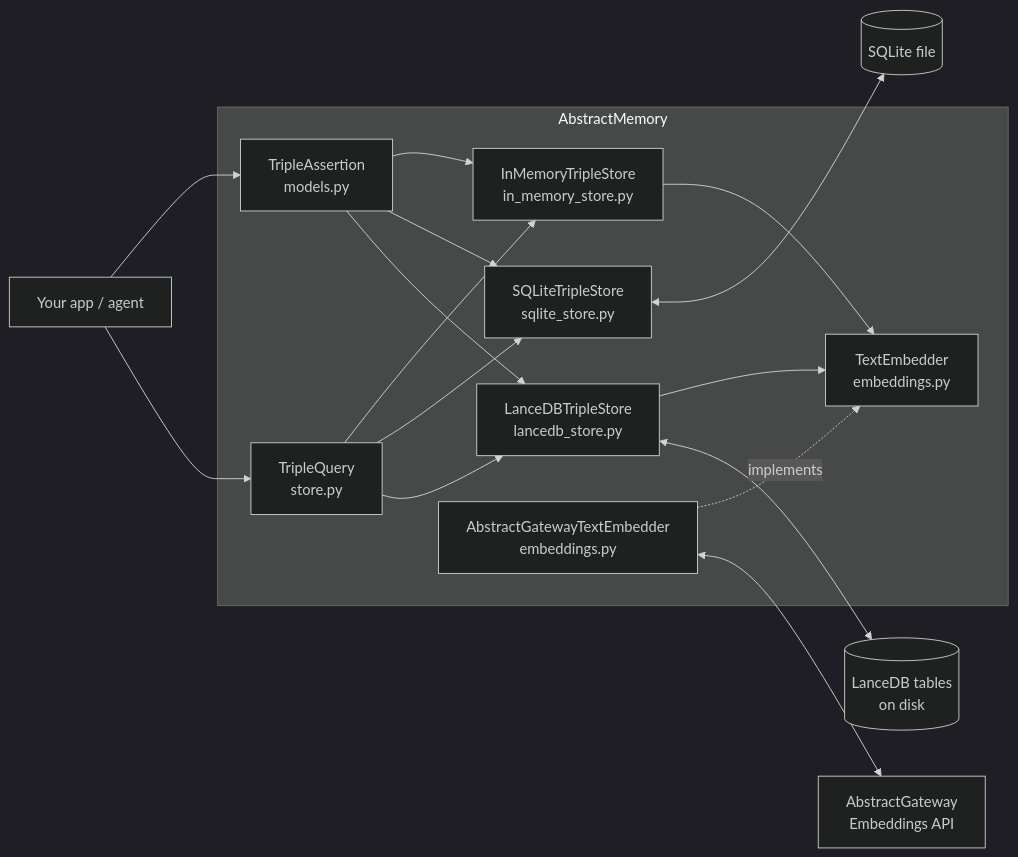
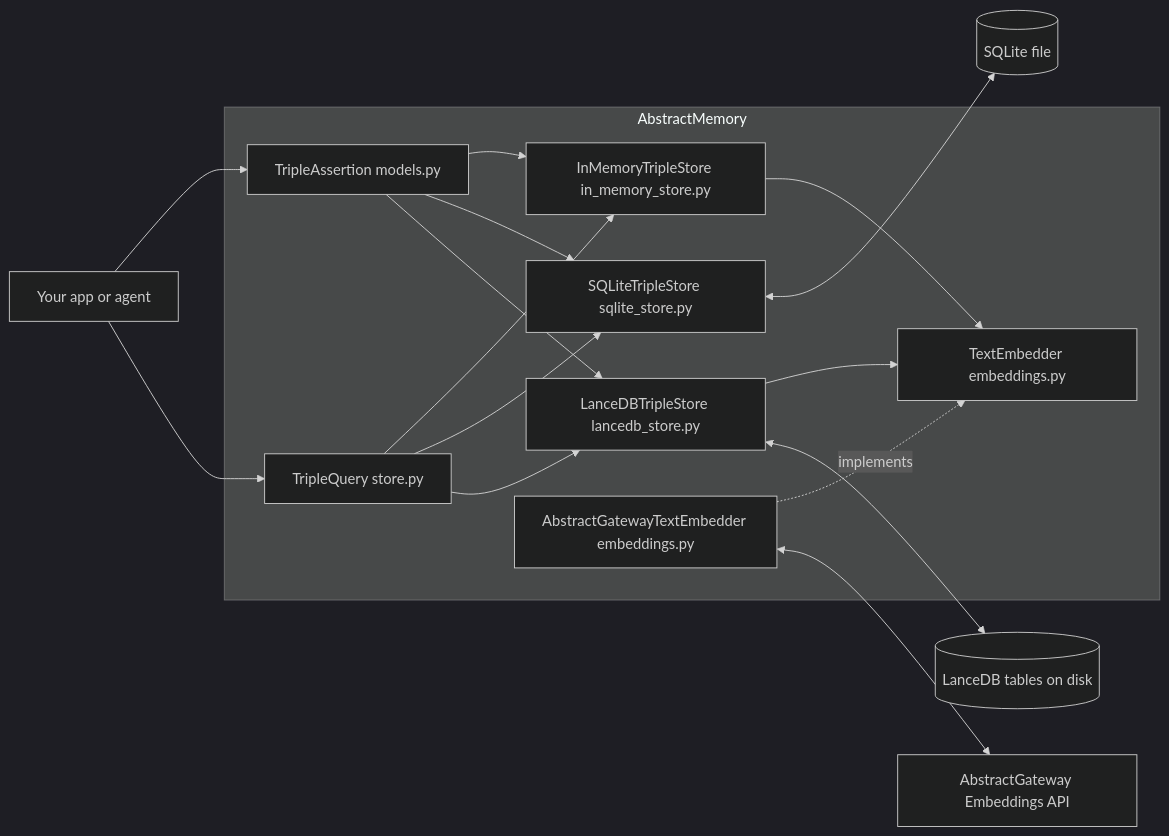
One commit to lpalbou/AbstractMemory changed the second of 2 diagrams in docs/architecture.md. Above: the diagram before and after it, drawn with Mermaid (dark theme). The commit also changed other lines of this file and 12 other files, not shown here.

Commit message:
Update documentation for memory record conventions, enhance README links, and clarify planned backlog items for SQLite compatibility and bounded graph traversal.

````diff
--- a/docs/architecture.md
+++ b/docs/architecture.md
@@ -51,22 +51,22 @@
 ```mermaid
 flowchart LR
-  APP[Your app / agent] --> TA[TripleAssertion\nmodels.py]
-  APP --> TQ[TripleQuery\nstore.py]
+  APP["Your app or agent"] --> TA["TripleAssertion models.py"]
+  APP --> TQ["TripleQuery store.py"]
 
   subgraph AbstractMemory
-    TA --> IM[InMemoryTripleStore\nin_memory_store.py]
-    TA --> SQL[SQLiteTripleStore\nsqlite_store.py]
-    TA --> LDB[LanceDBTripleStore\nlancedb_store.py]
+    TA --> IM["InMemoryTripleStore in_memory_store.py"]
+    TA --> SQL["SQLiteTripleStore sqlite_store.py"]
+    TA --> LDB["LanceDBTripleStore lancedb_store.py"]
     TQ --> IM
     TQ --> SQL
     TQ --> LDB
 
-    IM --> TE[TextEmbedder\nembeddings.py]
+    IM --> TE["TextEmbedder embeddings.py"]
     LDB --> TE
-    AG[AbstractGatewayTextEmbedder\nembeddings.py] -.implements.-> TE
+    AG["AbstractGatewayTextEmbedder embeddings.py"] -. "implements" .-> TE
   end
 
-  SQL <--> SQLDB[(SQLite file)]
-  LDB <--> DISK[(LanceDB tables\non disk)]
-  AG <--> GW[AbstractGateway\nEmbeddings API]
+  SQL <--> SQLDB[("SQLite file")]
+  LDB <--> DISK[("LanceDB tables on disk")]
+  AG <--> GW["AbstractGateway Embeddings API"]
 ```
````
